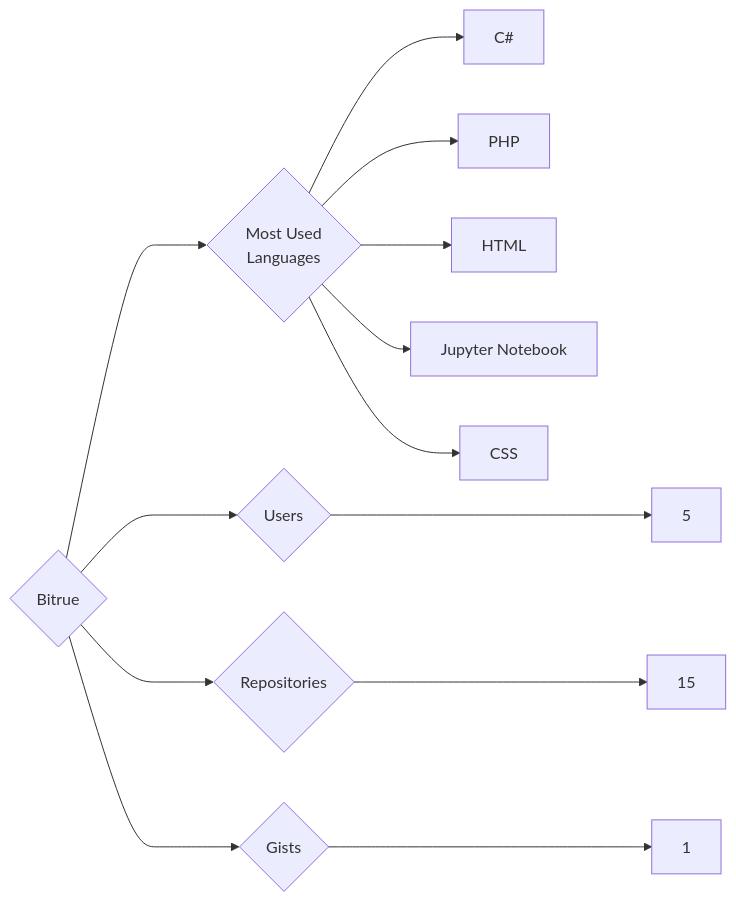
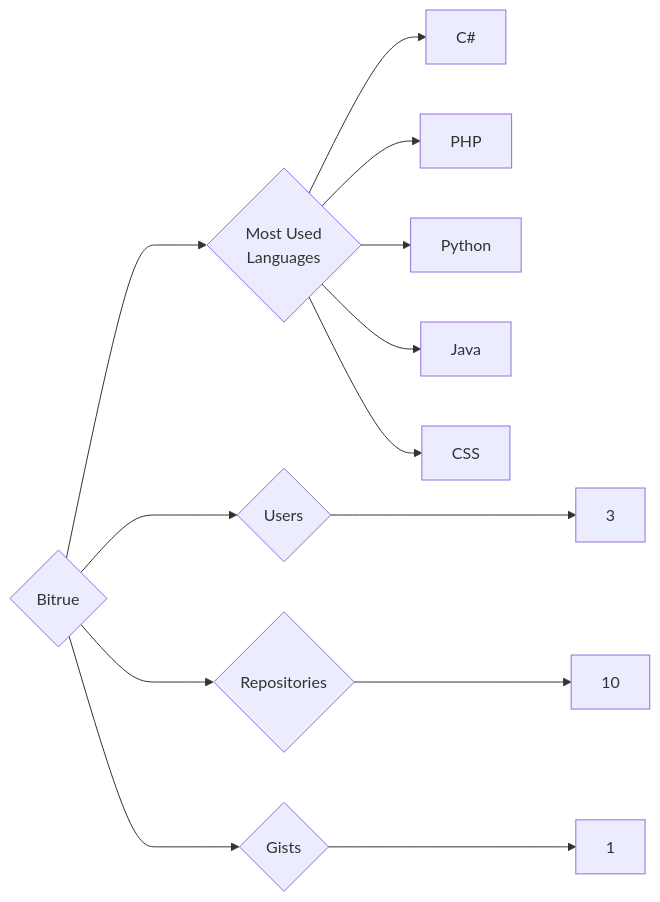
The diagram in targets/Bitrue/README.md (trickest/insiders), drawn with Mermaid before and after one commit. The commit also changed 1123 other files, not shown here.

````diff
--- a/targets/Bitrue/README.md
+++ b/targets/Bitrue/README.md
@@ -3,13 +3,13 @@
 ```mermaid
 graph LR
 COMPANY_NAME{Bitrue}
-COMPANY_NAME ---> U{Users} ---> UN[5]
-COMPANY_NAME ---> R{Repositories} ---> RN[15]
+COMPANY_NAME ---> U{Users} ---> UN[3]
+COMPANY_NAME ---> R{Repositories} ---> RN[10]
 COMPANY_NAME ---> G{Gists} ---> GN[1]
 COMPANY_NAME ---> ML{Most Used<br>Languages}
 ML --> C#[C#]
 ML --> PHP[PHP]
-ML --> HTML[HTML]
-ML --> Jupyter_Notebook[Jupyter Notebook]
+ML --> Python[Python]
+ML --> Java[Java]
 ML --> CSS[CSS]
 ```
````
